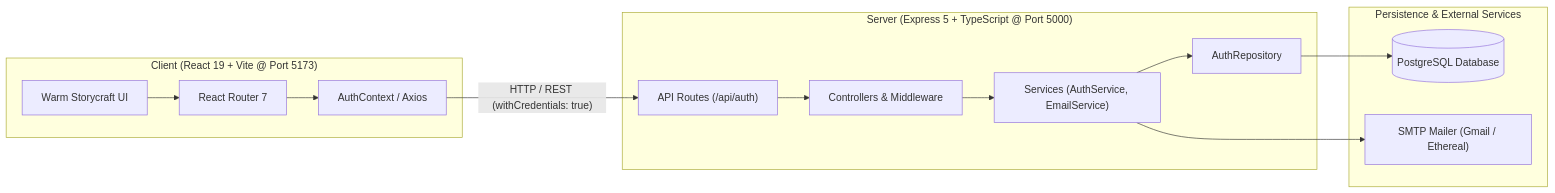
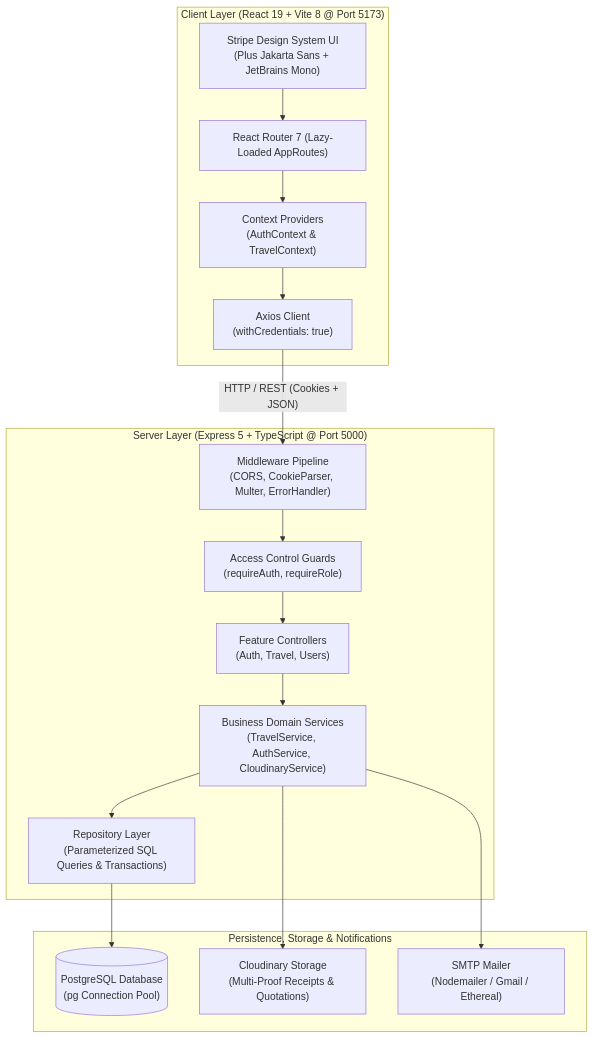
The first of 5 diagrams in docs/ARCHITECTURE.md (Sudalaimani777/Dashboard), drawn with Mermaid before and after one commit. The commit also changed other lines of this file and 47 other files, not shown here.

First line of the commit message:
Update database schema documentation and remove obsolete Postman collections

````diff
--- a/docs/ARCHITECTURE.md
+++ b/docs/ARCHITECTURE.md
@@ -11,26 +11,30 @@
 ```mermaid
-flowchart LR
-    subgraph Client ["Client (React 19 + Vite @ Port 5173)"]
-        UI["Warm Storycraft UI"]
-        Router["React Router 7"]
-        AuthCtx["AuthContext / Axios"]
+flowchart TD
+    subgraph Client ["Client Layer (React 19 + Vite 8 @ Port 5173)"]
+        UI["Stripe Design System UI\n(Plus Jakarta Sans + JetBrains Mono)"]
+        Router["React Router 7 (Lazy-Loaded AppRoutes)"]
+        State["Context Providers\n(AuthContext & TravelContext)"]
+        HTTP["Axios Client\n(withCredentials: true)"]
     end
 
-    subgraph Server ["Server (Express 5 + TypeScript @ Port 5000)"]
-        Routes["API Routes (/api/auth)"]
-        Controllers["Controllers & Middleware"]
-        Services["Services (AuthService, EmailService)"]
-        Repo["AuthRepository"]
+    subgraph Server ["Server Layer (Express 5 + TypeScript @ Port 5000)"]
+        Pipeline["Middleware Pipeline\n(CORS, CookieParser, Multer, ErrorHandler)"]
+        Guards["Access Control Guards\n(requireAuth, requireRole)"]
+        Controllers["Feature Controllers\n(Auth, Travel, Users)"]
+        Services["Business Domain Services\n(TravelService, AuthService, CloudinaryService)"]
+        Repos["Repository Layer\n(Parameterized SQL Queries & Transactions)"]
     end
 
-    subgraph DataStore ["Persistence & External Services"]
-        PG[("PostgreSQL Database")]
-        SMTP["SMTP Mailer (Gmail / Ethereal)"]
+    subgraph Persistence ["Persistence, Storage & Notifications"]
+        PG[("PostgreSQL Database\n(pg Connection Pool)")]
+        Cloudinary["Cloudinary Storage\n(Multi-Proof Receipts & Quotations)"]
+        SMTP["SMTP Mailer\n(Nodemailer / Gmail / Ethereal)"]
     end
 
-    UI --> Router --> AuthCtx
-    AuthCtx -- "HTTP / REST (withCredentials: true)" --> Routes
-    Routes --> Controllers --> Services
-    Services --> Repo --> PG
+    UI --> Router --> State --> HTTP
+    HTTP -- "HTTP / REST (Cookies + JSON)" --> Pipeline
+    Pipeline --> Guards --> Controllers
+    Controllers --> Services --> Repos --> PG
+    Services --> Cloudinary
     Services --> SMTP
 ```
````
